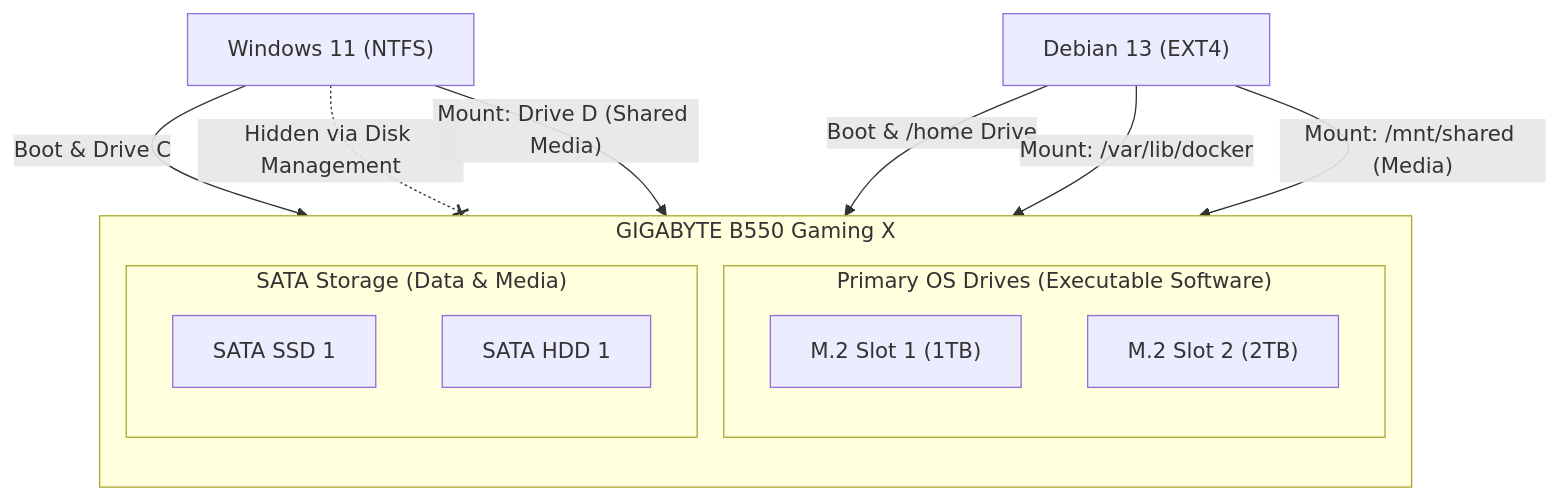
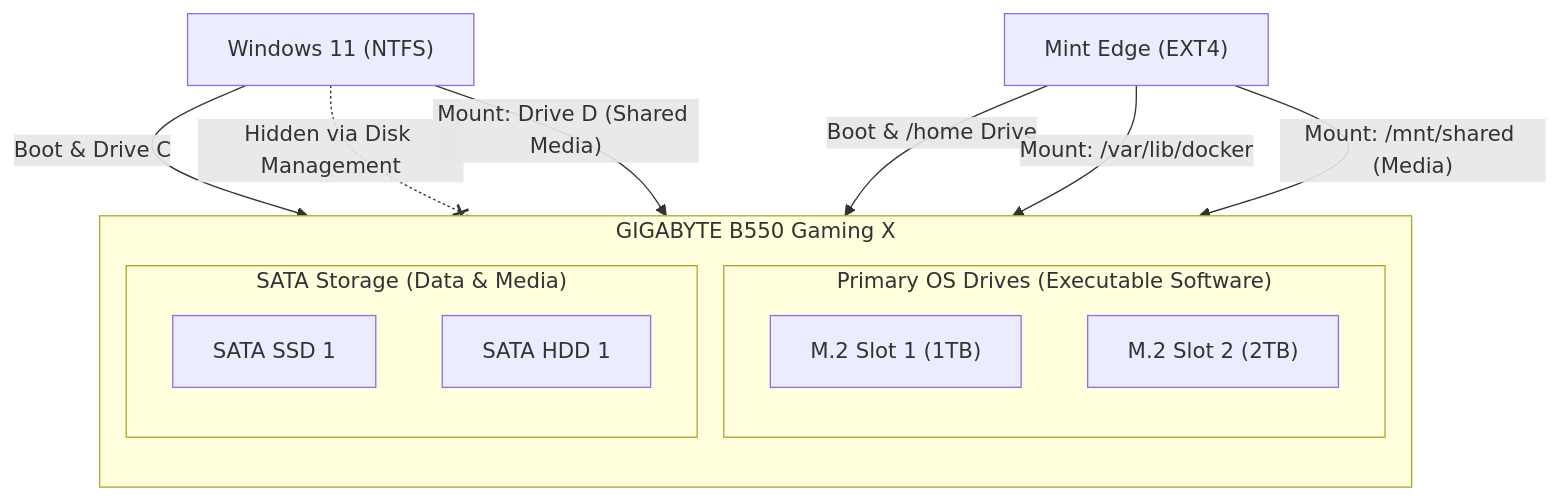
Before and after one commit to mnaatjes/comptia-practice: the diagram in docs/reference/b550-workstation/dual-boot-implementation-plan.md, drawn with Mermaid. The commit also changed other lines of this file and 1 other file, not shown here.

Commit message:
linux mint docs

````diff
--- a/docs/reference/b550-workstation/dual-boot-implementation-plan.md
+++ b/docs/reference/b550-workstation/dual-boot-implementation-plan.md
@@ -16,30 +16,30 @@
 ```mermaid
 flowchart TD
     subgraph B550_Motherboard["GIGABYTE B550 Gaming X"]
         direction TB
         
         subgraph OS_Domain["Primary OS Drives (Executable Software)"]
             M2_1["M.2 Slot 1 (1TB)"]
             M2_2["M.2 Slot 2 (2TB)"]
         end
 
         subgraph Data_Domain["SATA Storage (Data & Media)"]
             SATA_1["SATA SSD 1"]
             SATA_2["SATA HDD 1"]
         end
     end
 
     %% Operating Systems
     WinOS["Windows 11 (NTFS)"]
-    LinOS["Debian 13 (EXT4)"]
+    LinOS["Mint Edge (EXT4)"]
 
     %% Connections
     WinOS -->|"Boot & Drive C"| M2_1
     LinOS -->|"Boot & /home Drive"| M2_2
 
     LinOS -->|"Mount: /var/lib/docker"| SATA_1
     WinOS -.-x|"Hidden via Disk Management"| SATA_1
     
     WinOS -->|"Mount: Drive D (Shared Media)"| SATA_2
     LinOS -->|"Mount: /mnt/shared (Media)"| SATA_2
 ```
````
